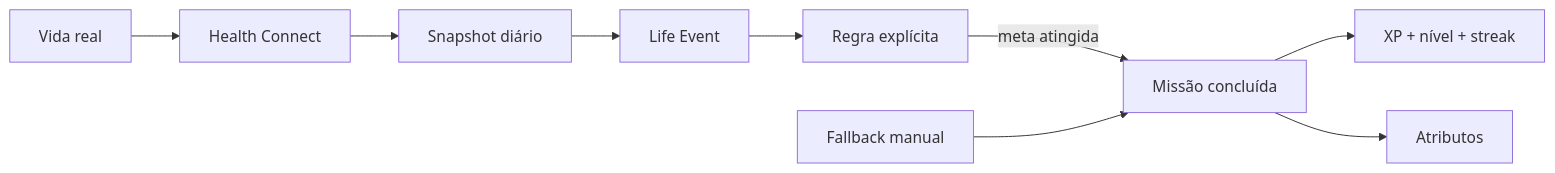
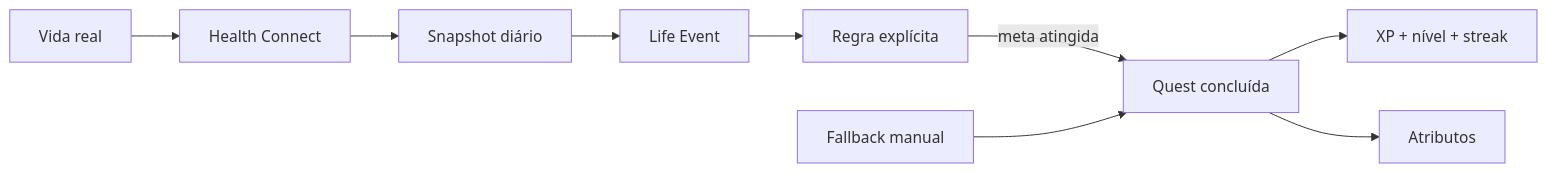
One commit to tombemol/I.C.A.R.O changed the first of 2 diagrams in README.md. Above: the diagram before and after it, drawn with Mermaid. The commit also changed other lines of this file and 7 other files, not shown here.

````diff
--- a/README.md
+++ b/README.md
@@ -29,12 +74,12 @@
 ```mermaid
 flowchart LR
-  REAL[Vida real] --> HC[Health Connect]
-  HC --> SNAP[Snapshot diário]
-  SNAP --> EVENT[Life Event]
-  EVENT --> RULE[Regra explícita]
-  RULE -->|meta atingida| QUEST[Missão concluída]
-  QUEST --> XP[XP + nível + streak]
-  QUEST --> ATTR[Atributos]
+  REAL["Vida real"] --> HC["Health Connect"]
+  HC --> SNAP["Snapshot diário"]
+  SNAP --> EVENT["Life Event"]
+  EVENT --> RULE["Regra explícita"]
+  RULE -->|meta atingida| QUEST["Quest concluída"]
+  QUEST --> XP["XP + nível + streak"]
+  QUEST --> ATTR["Atributos"]
 
-  MANUAL[Fallback manual] --> QUEST
+  MANUAL["Fallback manual"] --> QUEST
 ```
````
